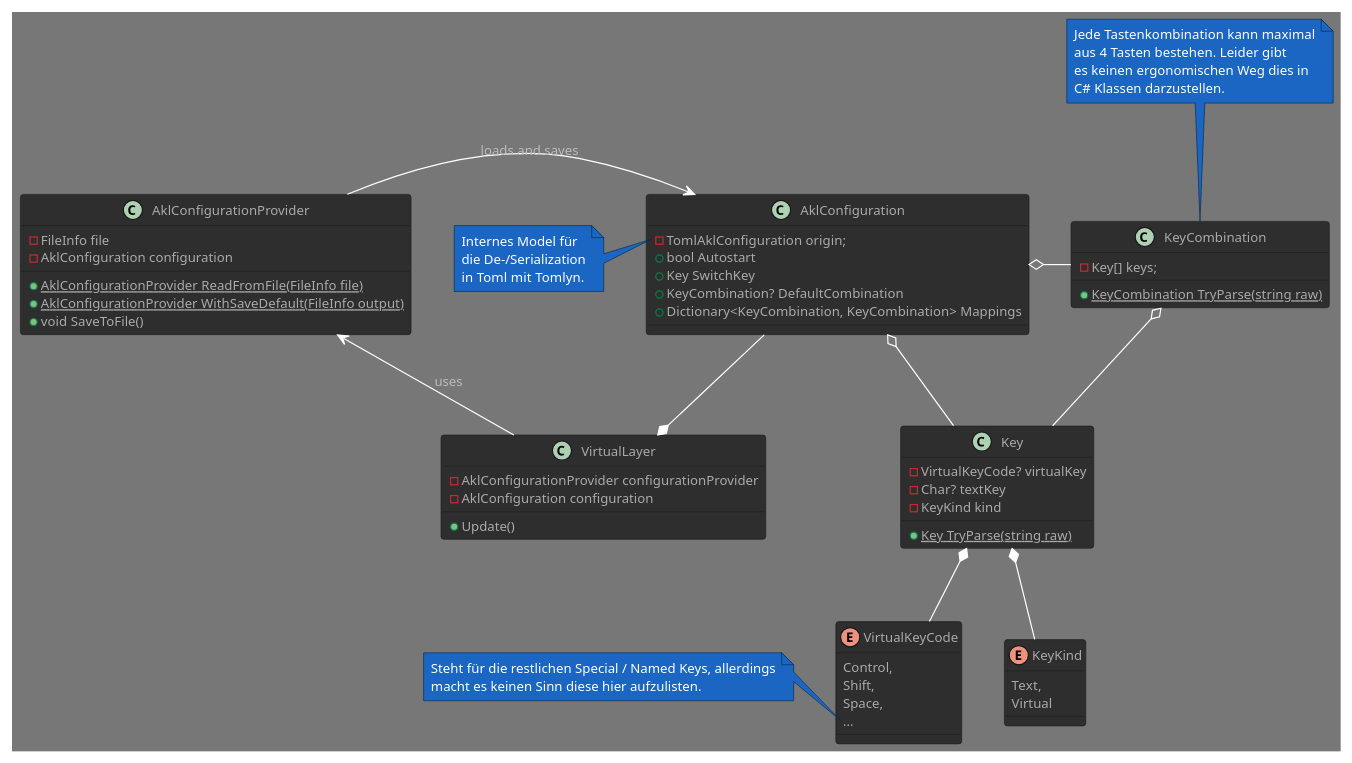
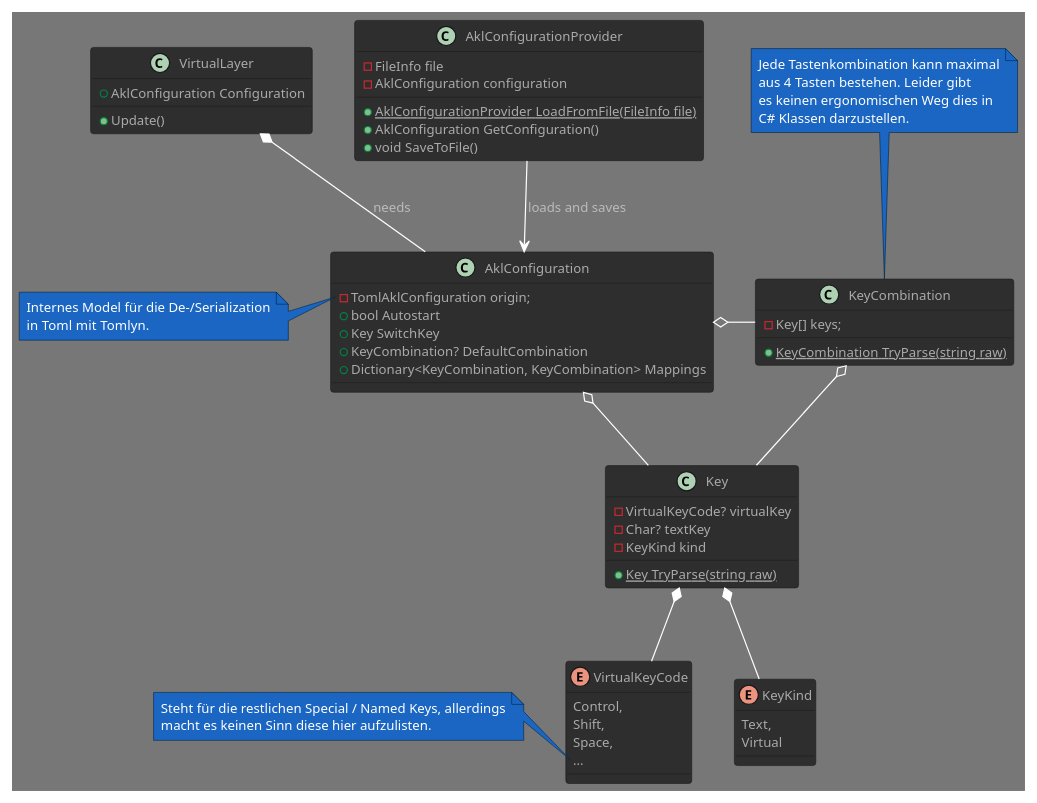
The first of 2 diagrams in README.adoc (marchaen/another-keyboard-layer), drawn with PlantUML before and after one commit. The commit also changed 3 other files, not shown here.

```diff
--- a/README.adoc
+++ b/README.adoc
@@ -99,83 +99,80 @@
 [plantuml, target="common-api-definition", format=svg]
 ....
 @startuml
 !theme reddress-darkblue
 
 enum VirtualKeyCode {
     Control,
     Shift,
     Space,
     ...
 }
 
 note left of VirtualKeyCode::...
 Steht für die restlichen Special / Named Keys, allerdings
 macht es keinen Sinn diese hier aufzulisten.
 end note
 
 enum KeyKind {
     Text,
     Virtual
 }
 
 class Key {
     {field} -VirtualKeyCode? virtualKey
     {field} -Char? textKey
     {field} -KeyKind kind
     {static} {method} +Key TryParse(string raw)
 }
 
 class KeyCombination {
     {field} -Key[] keys;
     {static} {method} +KeyCombination TryParse(string raw)
 }
 
 note top of KeyCombination
 Jede Tastenkombination kann maximal
 aus 4 Tasten bestehen. Leider gibt
 es keinen ergonomischen Weg dies in
 C# Klassen darzustellen.
 end note
 
 class AklConfiguration {
     {field} -TomlAklConfiguration origin;
     {field} +bool Autostart
     {field} +Key SwitchKey
     {field} +KeyCombination? DefaultCombination
     {field} +Dictionary<KeyCombination, KeyCombination> Mappings
 }
 
 note left of AklConfiguration::TomlAklConfiguration
-Internes Model für
-die De-/Serialization
+Internes Model für die De-/Serialization
 in Toml mit Tomlyn.
 end note
 
 class VirtualLayer {
-    {field} -AklConfigurationProvider configurationProvider
-    {field} -AklConfiguration configuration
+    {field} +AklConfiguration Configuration
     {method} +Update()
 }
 
 class AklConfigurationProvider {
     {field} -FileInfo file
     {field} -AklConfiguration configuration
-    {static} {method} +AklConfigurationProvider ReadFromFile(FileInfo file)
-    {static} {method} +AklConfigurationProvider WithSaveDefault(FileInfo output)
+    {static} {method} +AklConfigurationProvider LoadFromFile(FileInfo file)
+    {method} +AklConfiguration GetConfiguration()
     {method} +void SaveToFile()
 }
 
 Key *-- VirtualKeyCode
 Key *-- KeyKind
 
 KeyCombination o-- Key
 
 AklConfiguration o- KeyCombination
 AklConfiguration o- Key
-AklConfigurationProvider -> AklConfiguration : loads and saves
 
-AklConfiguration --* VirtualLayer
-AklConfigurationProvider <-- VirtualLayer : uses
+AklConfigurationProvider --> AklConfiguration : loads and saves
+VirtualLayer *-- AklConfiguration : needs
 
 @enduml
 ....
```
